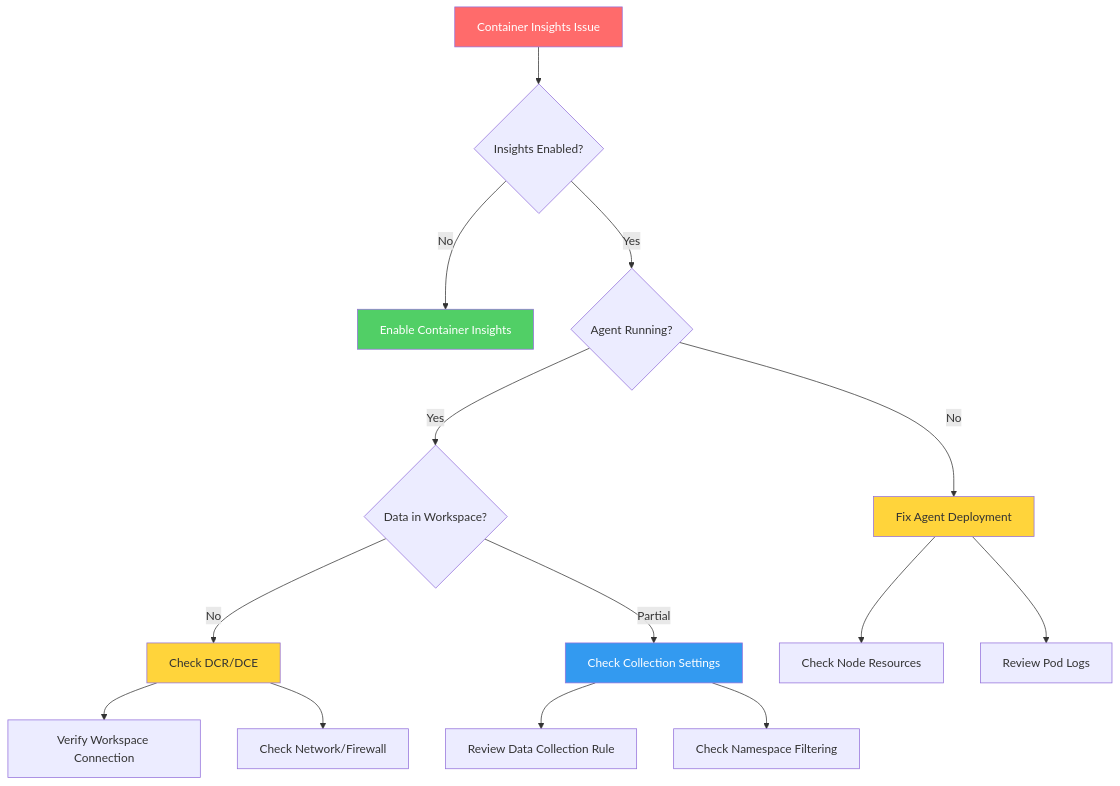
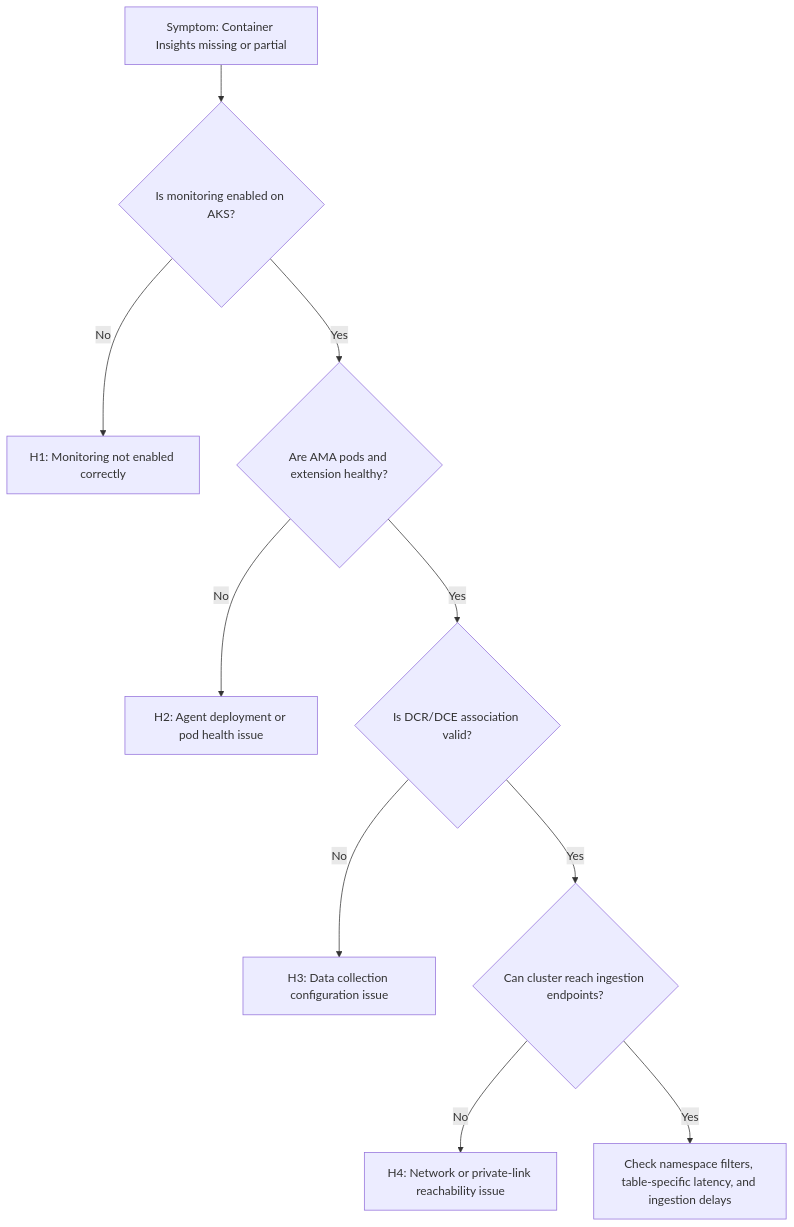
Before and after one commit to yeongseon/azure-monitoring-practical-guide: the diagram in docs/troubleshooting/playbooks/aks-container-insights-issues.md, drawn with Mermaid. The commit also changed other lines of this file and 50 other files, not shown here.

````diff
--- a/docs/troubleshooting/playbooks/aks-container-insights-issues.md
+++ b/docs/troubleshooting/playbooks/aks-container-insights-issues.md
@@ -15,27 +14,12 @@
 ```mermaid
 flowchart TD
-    A[Container Insights Issue] --> B{Insights Enabled?}
-    B -->|No| C[Enable Container Insights]
-    B -->|Yes| D{Agent Running?}
-    
-    D -->|No| E[Fix Agent Deployment]
-    D -->|Yes| F{Data in Workspace?}
-    
-    F -->|No| G[Check DCR/DCE]
-    F -->|Partial| H[Check Collection Settings]
-    
-    G --> I[Verify Workspace Connection]
-    G --> J[Check Network/Firewall]
-    
-    H --> K[Review Data Collection Rule]
-    H --> L[Check Namespace Filtering]
-    
-    E --> M[Check Node Resources]
-    E --> N[Review Pod Logs]
-
-    style A fill:#ff6b6b,color:#fff
-    style C fill:#51cf66,color:#fff
-    style E fill:#ffd43b,color:#333
-    style G fill:#ffd43b,color:#333
-    style H fill:#339af0,color:#fff
+    A[Symptom: Container Insights missing or partial] --> B{Is monitoring enabled on AKS?}
+    B -->|No| H1[H1: Monitoring not enabled correctly]
+    B -->|Yes| C{Are AMA pods and extension healthy?}
+    C -->|No| H2[H2: Agent deployment or pod health issue]
+    C -->|Yes| D{Is DCR/DCE association valid?}
+    D -->|No| H3[H3: Data collection configuration issue]
+    D -->|Yes| E{Can cluster reach ingestion endpoints?}
+    E -->|No| H4[H4: Network or private-link reachability issue]
+    E -->|Yes| F[Check namespace filters, table-specific latency, and ingestion delays]
 ```
````
